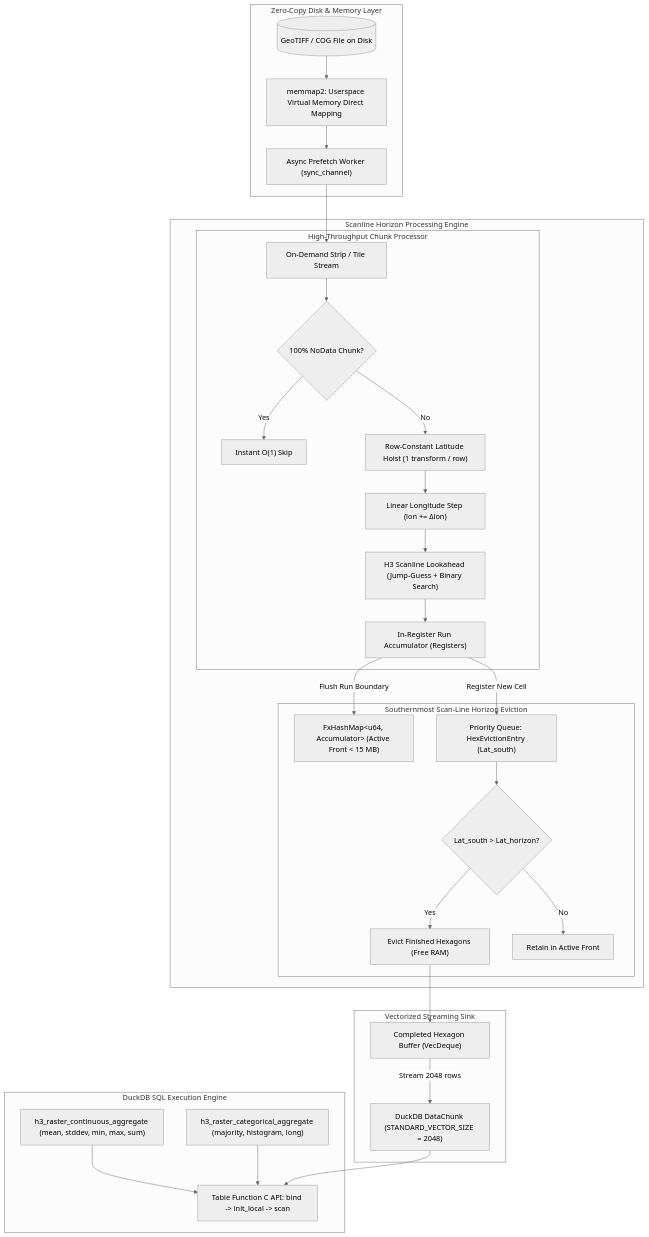
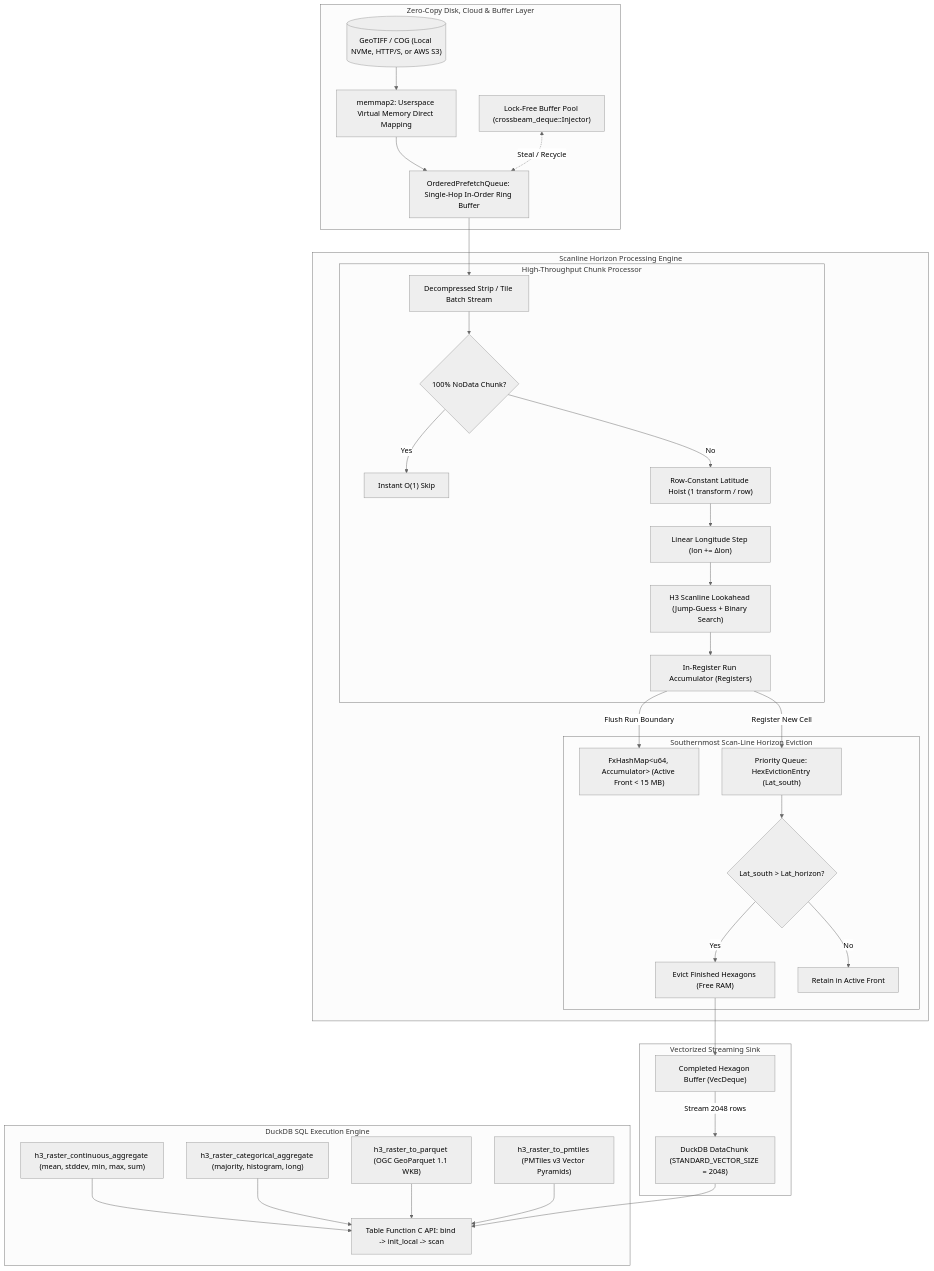
Before and after one commit to dmuldrew/raster_h3: the third of 3 diagrams in README.md, drawn with Mermaid (neutral theme). The commit also changed other lines of this file and 1 other file, not shown here.

````diff
--- a/README.md
+++ b/README.md
@@ -1192,51 +1324,57 @@
 ```mermaid
 flowchart TD
     subgraph DuckDB ["DuckDB SQL Execution Engine"]
         SQL1["h3_raster_continuous_aggregate (mean, stddev, min, max, sum)"]
         SQL2["h3_raster_categorical_aggregate (majority, histogram, long)"]
+        SQL3["h3_raster_to_parquet (OGC GeoParquet 1.1 WKB)"]
+        SQL4["h3_raster_to_pmtiles (PMTiles v3 Vector Pyramids)"]
         TF["Table Function C API: bind -> init_local -> scan"]
         SQL1 --> TF
         SQL2 --> TF
+        SQL3 --> TF
+        SQL4 --> TF
     end
 
-    subgraph IO ["Zero-Copy Disk & Memory Layer"]
-        FILE[("GeoTIFF / COG File on Disk")]
+    subgraph IO ["Zero-Copy Disk, Cloud & Buffer Layer"]
+        FILE[("GeoTIFF / COG (Local NVMe, HTTP/S, or AWS S3)")]
         MMAP["memmap2: Userspace Virtual Memory Direct Mapping"]
-        PREFETCH["Async Prefetch Worker (sync_channel)"]
-        FILE --> MMAP --> PREFETCH
+        POOL["Lock-Free Buffer Pool (crossbeam_deque::Injector)"]
+        QUEUE["OrderedPrefetchQueue: Single-Hop In-Order Ring Buffer"]
+        FILE --> MMAP --> QUEUE
+        POOL <.->|"Steal / Recycle"| QUEUE
     end
 
     subgraph PIPELINE ["Scanline Horizon Processing Engine"]
-        CHUNK["On-Demand Strip / Tile Stream"]
-        PREFETCH --> CHUNK
+        CHUNK["Decompressed Strip / Tile Batch Stream"]
+        QUEUE --> CHUNK
 
         subgraph WORKER ["High-Throughput Chunk Processor"]
             NODATA{"100% NoData Chunk?"}
             CHUNK --> NODATA
             NODATA -- "Yes" --> SKIP["Instant O(1) Skip"]
             NODATA -- "No" --> HOIST["Row-Constant Latitude Hoist (1 transform / row)"]
             HOIST --> STEP["Linear Longitude Step (lon += Δlon)"]
             STEP --> LOOKAHEAD["H3 Scanline Lookahead (Jump-Guess + Binary Search)"]
             LOOKAHEAD --> RUN["In-Register Run Accumulator (Registers)"]
         end
 
         subgraph HORIZON ["Southernmost Scan-Line Horizon Eviction"]
             ACTIVE_MAP["FxHashMap&lt;u64, Accumulator&gt; (Active Front &lt; 15 MB)"]
-            QUEUE["Priority Queue: HexEvictionEntry (Lat_south)"]
+            PQUEUE["Priority Queue: HexEvictionEntry (Lat_south)"]
             RUN -->|"Flush Run Boundary"| ACTIVE_MAP
-            RUN -->|"Register New Cell"| QUEUE
+            RUN -->|"Register New Cell"| PQUEUE
             EVICT{"Lat_south > Lat_horizon?"}
-            QUEUE --> EVICT
+            PQUEUE --> EVICT
             EVICT -- "Yes" --> POP["Evict Finished Hexagons (Free RAM)"]
             EVICT -- "No" --> KEEP["Retain in Active Front"]
         end
     end
 
     subgraph OUTPUT ["Vectorized Streaming Sink"]
         BUFFER["Completed Hexagon Buffer (VecDeque)"]
         POP --> BUFFER
         CHUNK_OUT["DuckDB DataChunk (STANDARD_VECTOR_SIZE = 2048)"]
         BUFFER -->|"Stream 2048 rows"| CHUNK_OUT
         CHUNK_OUT --> TF
     end
 ```
````
